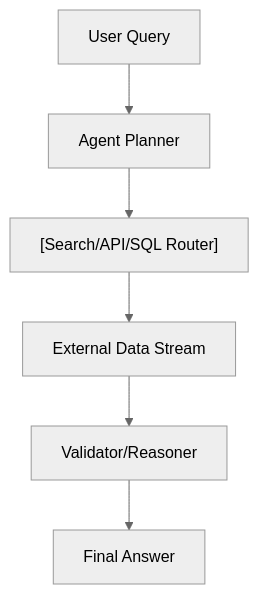
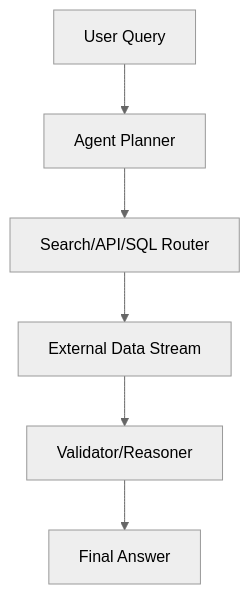
Before and after one commit to sou350121/Trading-Handbook: the diagram in foundations/evaluation-benchmarks/finsearchcomp.md, drawn with Mermaid (neutral theme). The commit also changed other lines of this file and 191 other files, not shown here.

First line of the commit message:
render: fix math + mermaid for GitHub across the corpus (188 pages)

````diff
--- a/foundations/evaluation-benchmarks/finsearchcomp.md
+++ b/foundations/evaluation-benchmarks/finsearchcomp.md
@@ -29,8 +29,8 @@
 ```mermaid
 flowchart TD
     A["User Query"] --> B["Agent Planner"]
-    B["Agent Planner"] --> C["[Search/API/SQL Router]"]
-    C["[Search/API/SQL Router]"] --> D["External Data Stream"]
+    B["Agent Planner"] --> C["Search/API/SQL Router"]
+    C["Search/API/SQL Router"] --> D["External Data Stream"]
     D["External Data Stream"] --> E["Validator/Reasoner"]
     E["Validator/Reasoner"] --> F["Final Answer"]
 ```
````
